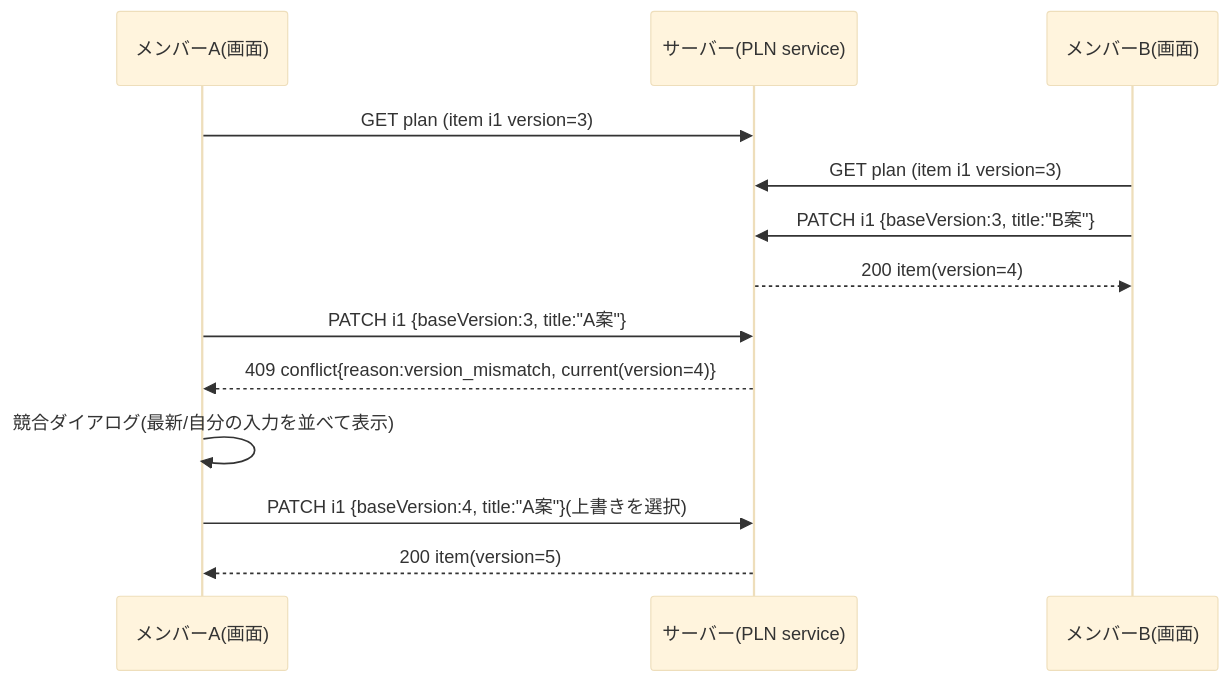
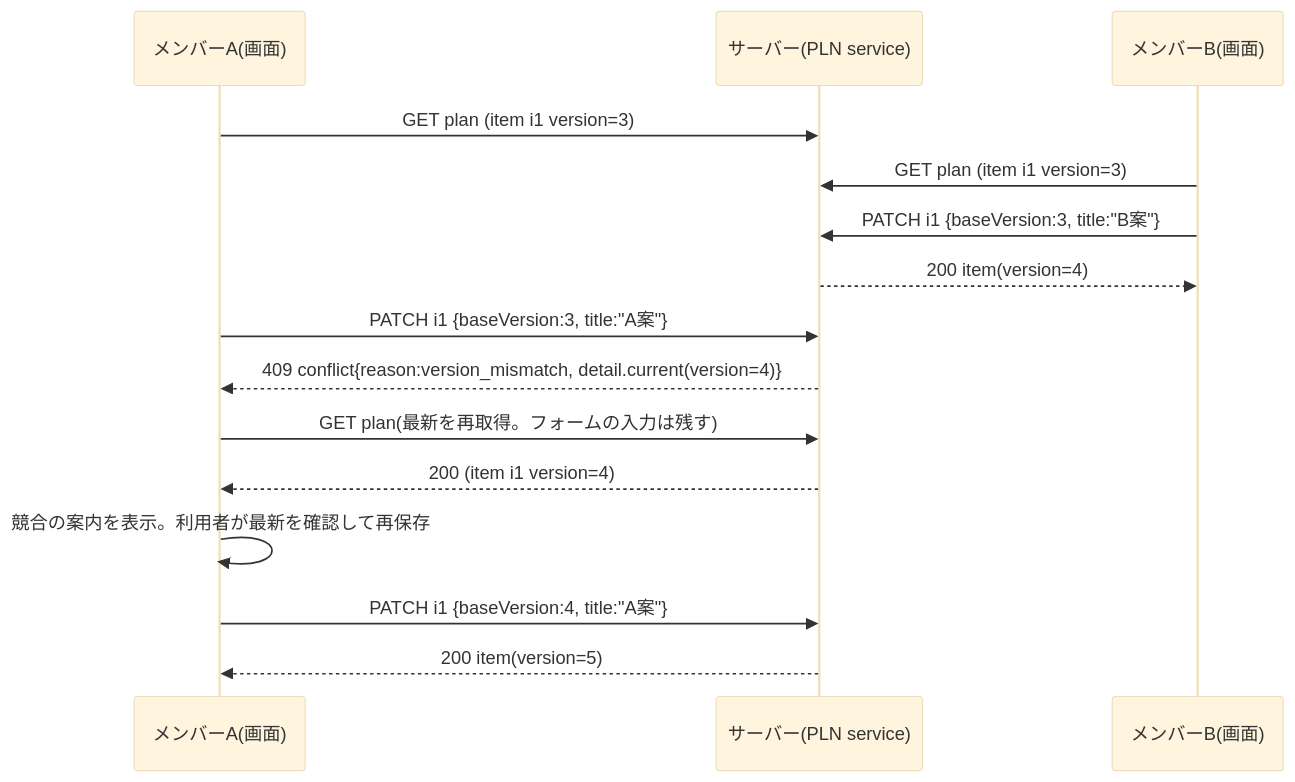
Before and after one commit to masahirosako1005/MC-006: the diagram in docs/feature/05-group-plan.md, drawn with Mermaid (base theme). The commit also changed other lines of this file and 34 other files, not shown here.

````diff
--- a/docs/feature/05-group-plan.md
+++ b/docs/feature/05-group-plan.md
@@ -245,15 +283,17 @@
 ```mermaid
 sequenceDiagram
   participant A as メンバーA(画面)
   participant S as サーバー(PLN service)
   participant B as メンバーB(画面)
   A->>S: GET plan (item i1 version=3)
   B->>S: GET plan (item i1 version=3)
   B->>S: PATCH i1 {baseVersion:3, title:"B案"}
   S-->>B: 200 item(version=4)
   A->>S: PATCH i1 {baseVersion:3, title:"A案"}
-  S-->>A: 409 conflict{reason:version_mismatch, current(version=4)}
-  A->>A: 競合ダイアログ(最新/自分の入力を並べて表示)
-  A->>S: PATCH i1 {baseVersion:4, title:"A案"}(上書きを選択)
+  S-->>A: 409 conflict{reason:version_mismatch, detail.current(version=4)}
+  A->>S: GET plan(最新を再取得。フォームの入力は残す)
+  S-->>A: 200 (item i1 version=4)
+  A->>A: 競合の案内を表示。利用者が最新を確認して再保存
+  A->>S: PATCH i1 {baseVersion:4, title:"A案"}
   S-->>A: 200 item(version=5)
 ```
````
